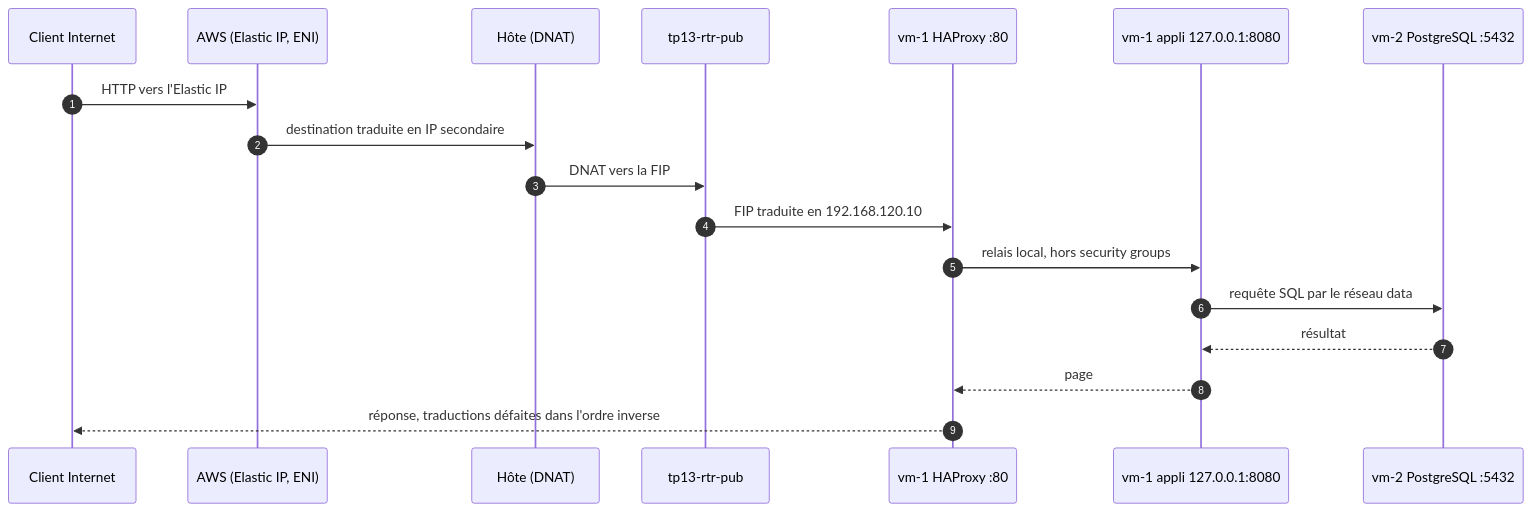
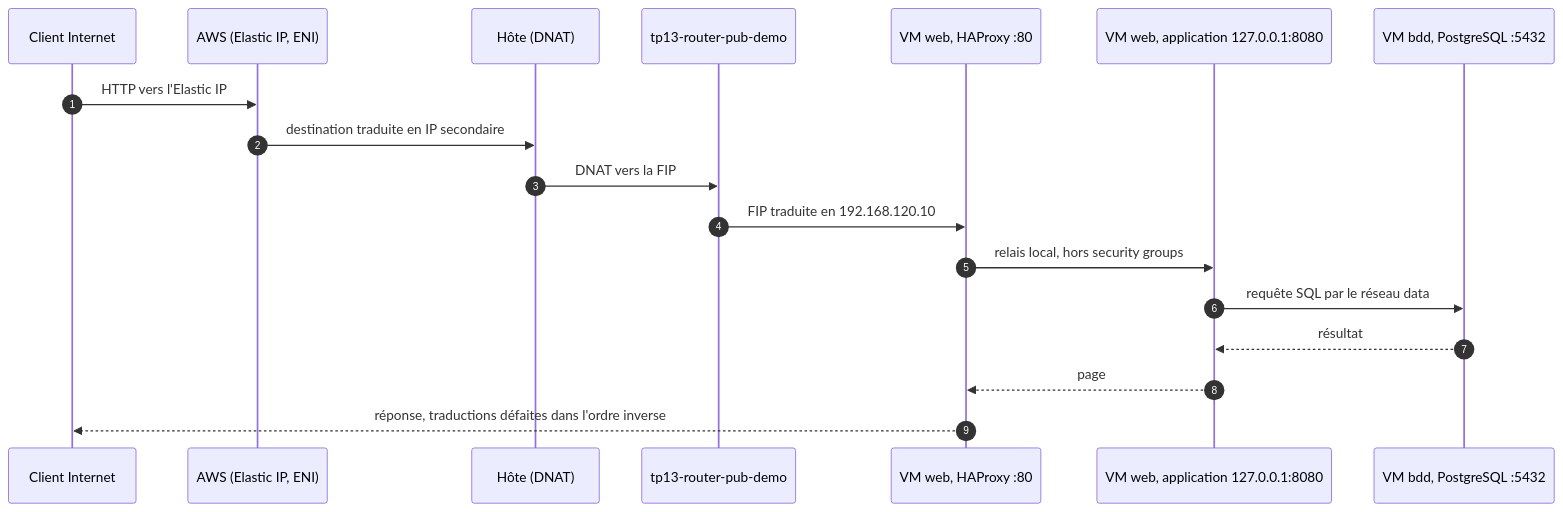
The third of 3 diagrams in tps/tp13-architecture.md (eazysec/openstack-lab-trainee), drawn with Mermaid before and after one commit. The commit also changed other lines of this file and 16 other files, not shown here.

First line of the commit message:
feat: TP 13, déployer une architecture sécurisée (2026.10.3)

````diff
--- a/tps/tp13-architecture.md
+++ b/tps/tp13-architecture.md
@@ -219,20 +235,20 @@
 ```mermaid
 sequenceDiagram
   autonumber
   participant C as Client Internet
   participant A as AWS (Elastic IP, ENI)
   participant H as Hôte (DNAT)
-  participant R as tp13-rtr-pub
-  participant P as vm-1 HAProxy :80
-  participant L as vm-1 appli 127.0.0.1:8080
-  participant D as vm-2 PostgreSQL :5432
+  participant R as tp13-router-pub-demo
+  participant P as VM web, HAProxy :80
+  participant L as VM web, application 127.0.0.1:8080
+  participant D as VM bdd, PostgreSQL :5432
   C->>A: HTTP vers l'Elastic IP
   A->>H: destination traduite en IP secondaire
   H->>R: DNAT vers la FIP
   R->>P: FIP traduite en 192.168.120.10
   P->>L: relais local, hors security groups
   L->>D: requête SQL par le réseau data
   D-->>L: résultat
   L-->>P: page
   P-->>C: réponse, traductions défaites dans l'ordre inverse
 ```
````
